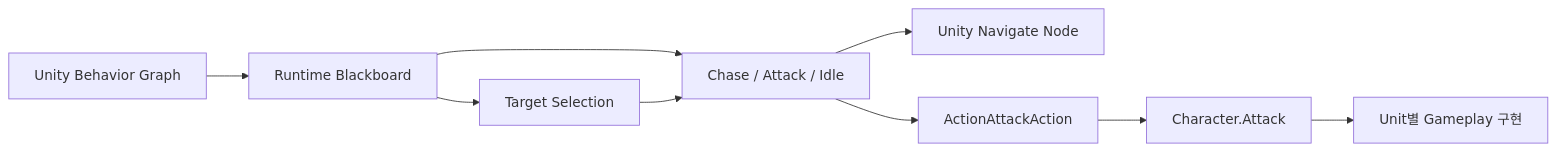
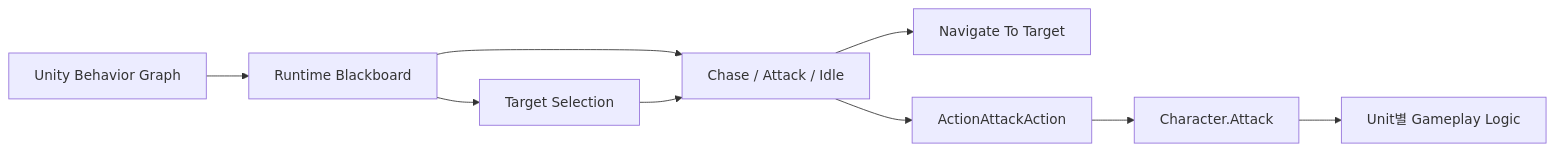
One commit to DuckBaee/AR-Autobattler-Code-Portfolio changed the first of 3 diagrams in Docs/Architecture.md. Above: the diagram before and after it, drawn with Mermaid. The commit also changed other lines of this file and 5 other files, not shown here.

````diff
--- a/Docs/Architecture.md
+++ b/Docs/Architecture.md
@@ -5,11 +19,11 @@
 ```mermaid
 flowchart LR
     Graph[Unity Behavior Graph] --> BB[Runtime Blackboard]
     BB --> Select[Target Selection]
     BB --> State[Chase / Attack / Idle]
     Select --> State
-    State --> Move[Unity Navigate Node]
+    State --> Move[Navigate To Target]
     State --> Action[ActionAttackAction]
     Action --> Character[Character.Attack]
-    Character --> Unit[Unit별 Gameplay 구현]
+    Character --> Unit[Unit별 Gameplay Logic]
 ```
````
